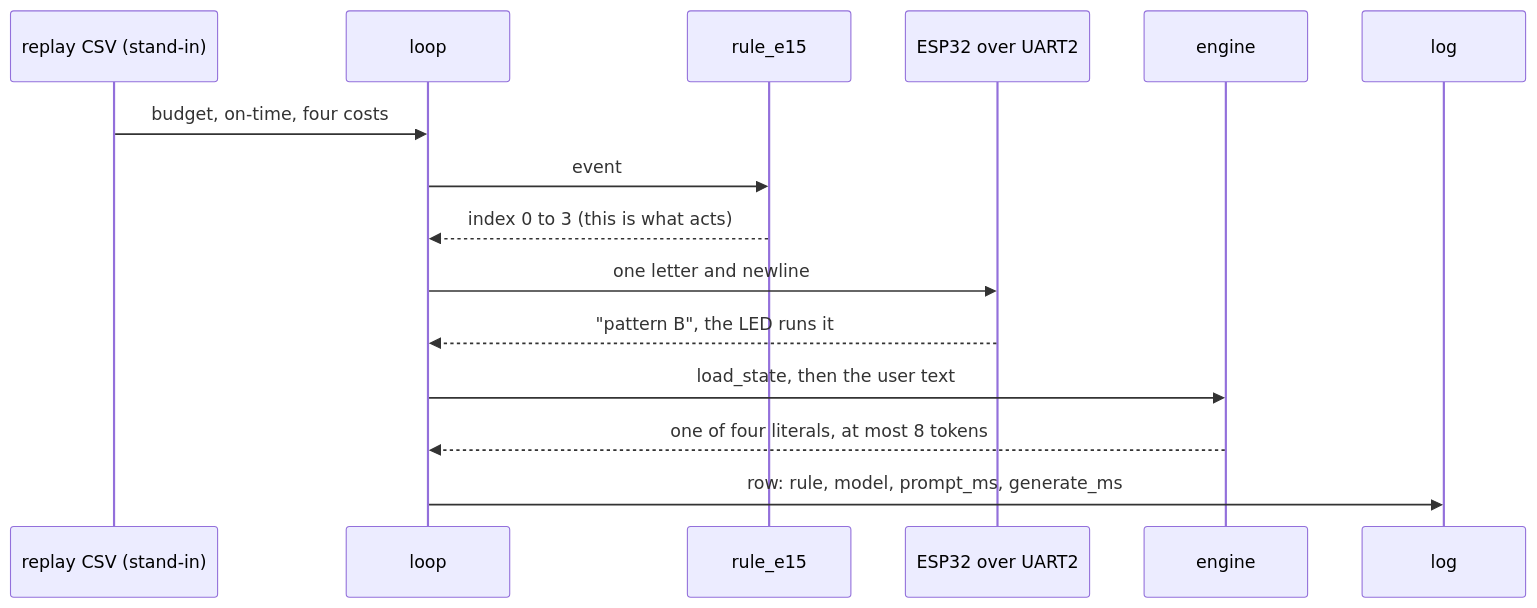
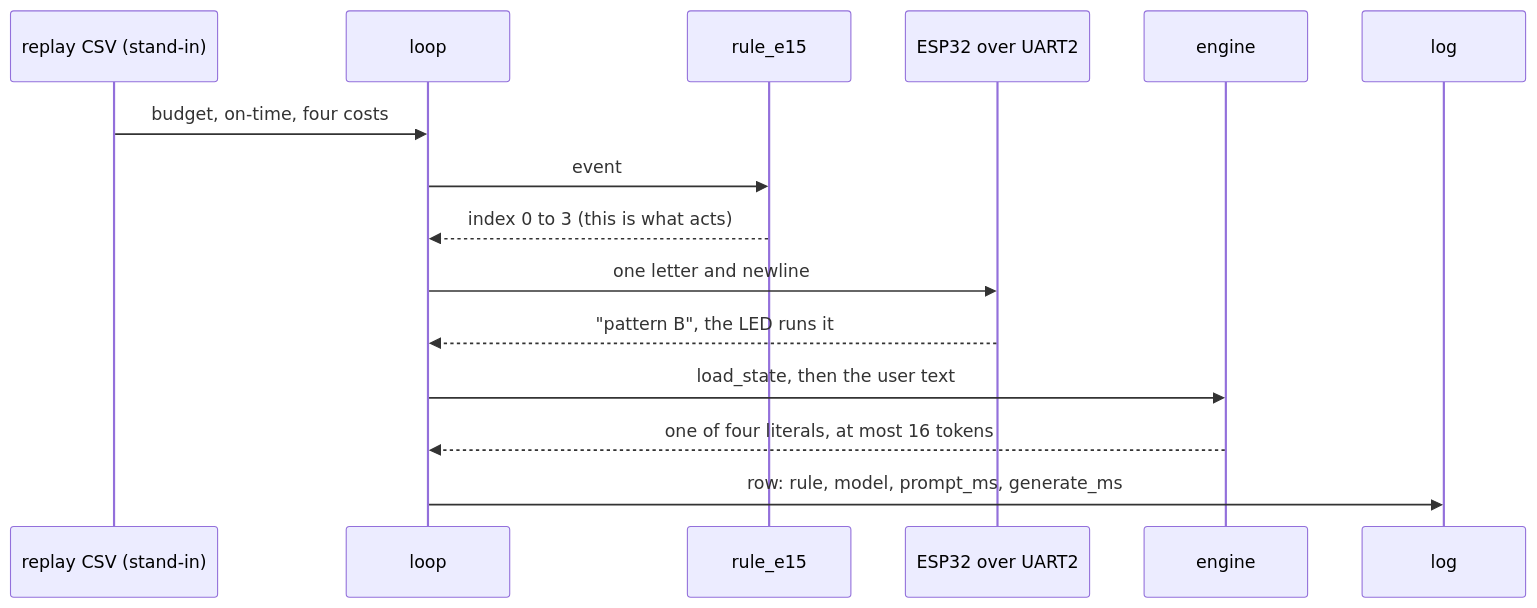
Before and after one commit to ambrosiobing/edge-llm-pi: the diagram in chapters/15-esp32-sidecar-with-a-bounded-pattern-proposal.md, drawn with Mermaid. The commit also changed other lines of this file and 24 other files, not shown here.

````diff
--- a/chapters/15-esp32-sidecar-with-a-bounded-pattern-proposal.md
+++ b/chapters/15-esp32-sidecar-with-a-bounded-pattern-proposal.md
@@ -204,17 +204,17 @@
 ```mermaid
 sequenceDiagram
     participant R as replay CSV (stand-in)
     participant L as loop
     participant C as rule_e15
     participant S as ESP32 over UART2
     participant E as engine
     participant G as log
     R->>L: budget, on-time, four costs
     L->>C: event
     C-->>L: index 0 to 3 (this is what acts)
     L->>S: one letter and newline
     S-->>L: "pattern B", the LED runs it
     L->>E: load_state, then the user text
-    E-->>L: one of four literals, at most 8 tokens
+    E-->>L: one of four literals, at most 16 tokens
     L->>G: row: rule, model, prompt_ms, generate_ms
 ```
````
